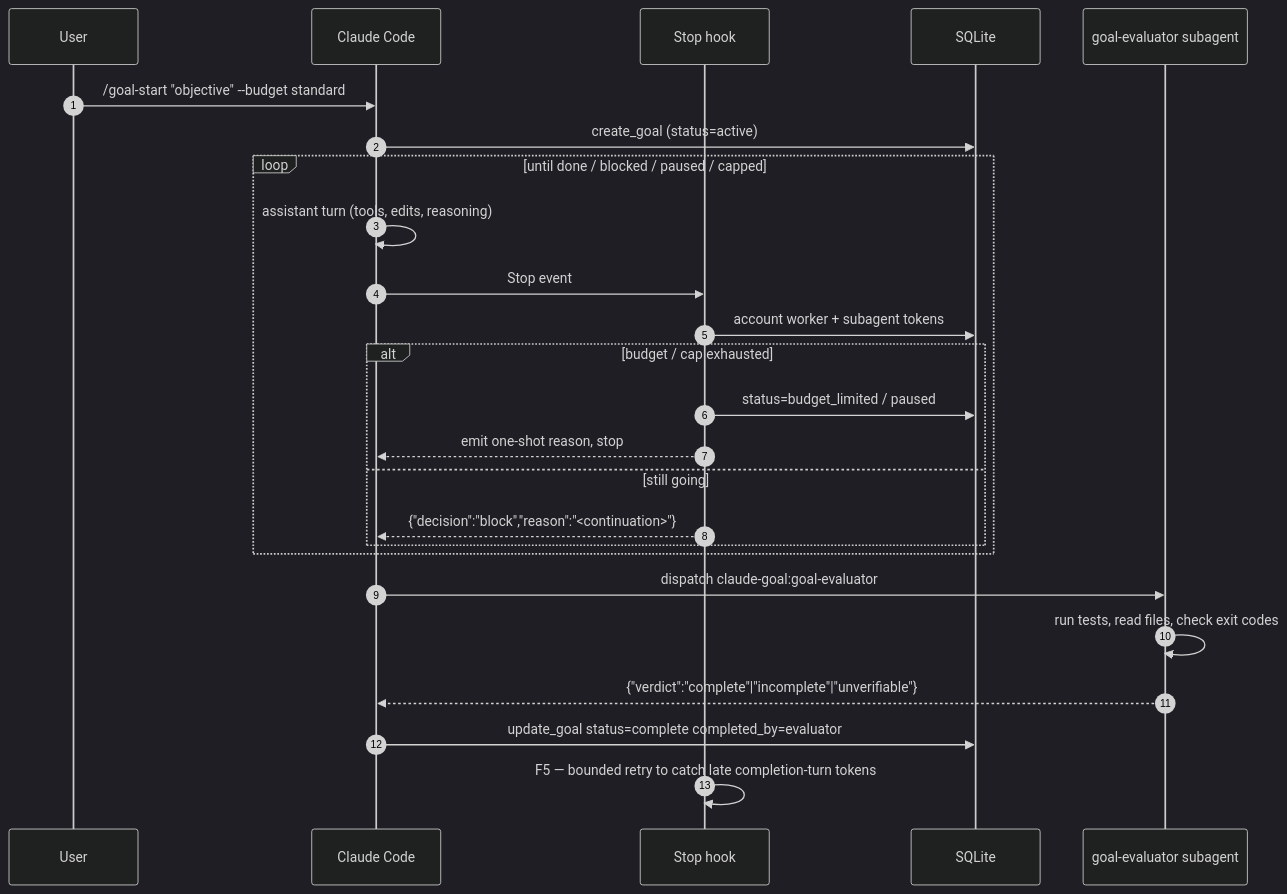
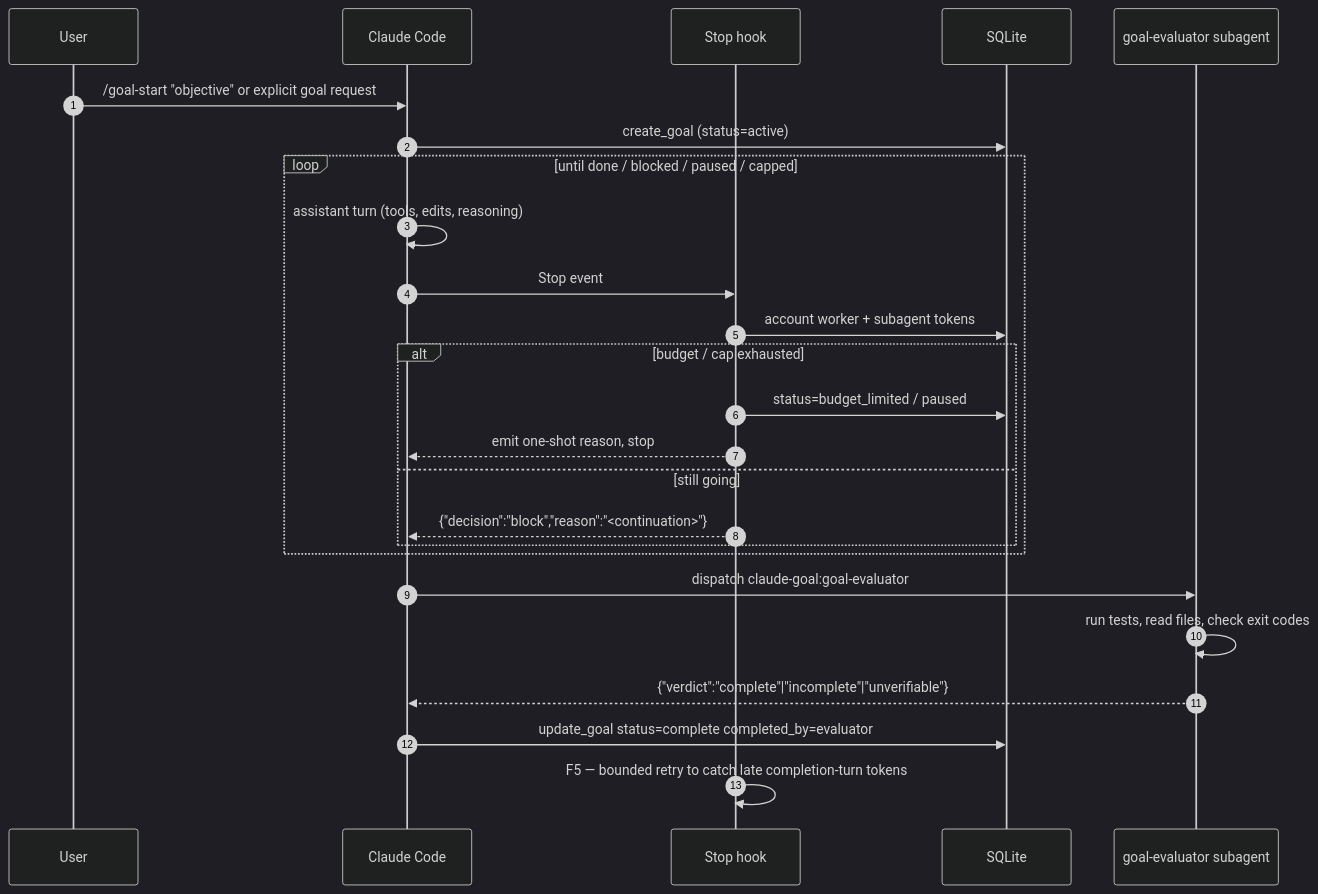
Before and after one commit to nuko-nova-dynamics/claude-goal: the diagram in README.md, drawn with Mermaid (dark theme). The commit also changed other lines of this file and 18 other files, not shown here.

````diff
--- a/README.md
+++ b/README.md
@@ -78,28 +81,28 @@
 ```mermaid
 sequenceDiagram
     autonumber
     participant User
     participant CC as Claude Code
     participant Hook as Stop hook
     participant DB as SQLite
     participant Eval as goal-evaluator subagent
 
-    User->>CC: /goal-start "objective" --budget standard
+    User->>CC: /goal-start "objective" or explicit goal request
     CC->>DB: create_goal (status=active)
     loop until done / blocked / paused / capped
         CC->>CC: assistant turn (tools, edits, reasoning)
         CC->>Hook: Stop event
         Hook->>DB: account worker + subagent tokens
         alt budget / cap exhausted
             Hook->>DB: status=budget_limited / paused
             Hook-->>CC: emit one-shot reason, stop
         else still going
             Hook-->>CC: {"decision":"block","reason":"<continuation>"}
         end
     end
     CC->>Eval: dispatch claude-goal:goal-evaluator
     Eval->>Eval: run tests, read files, check exit codes
     Eval-->>CC: {"verdict":"complete"|"incomplete"|"unverifiable"}
     CC->>DB: update_goal status=complete completed_by=evaluator
     Hook->>Hook: F5 — bounded retry to catch late completion-turn tokens
 ```
````
